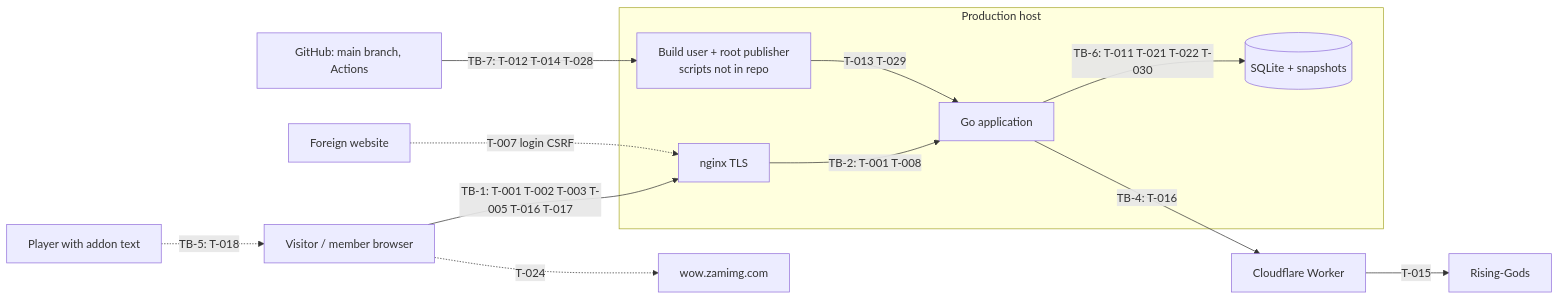
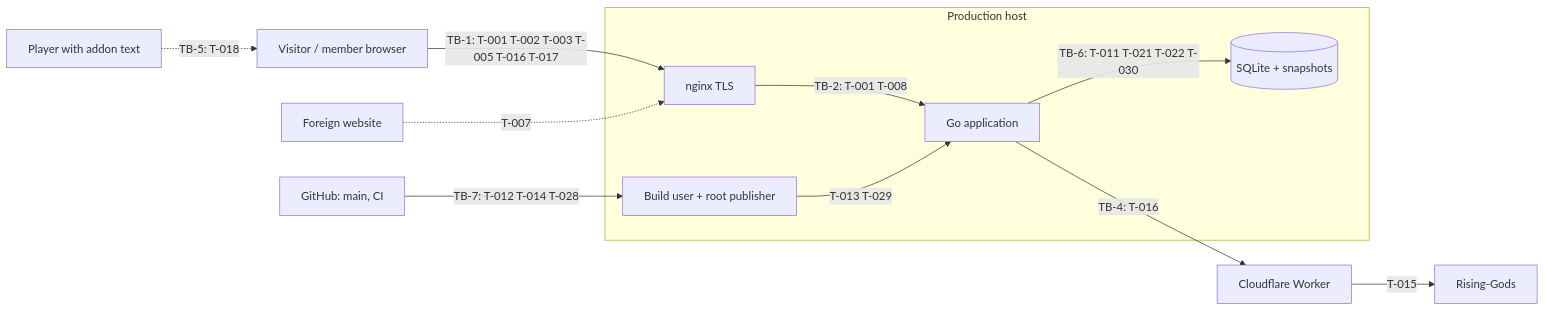
The fifth of 6 diagrams in THREAT_MODEL.md (robinschweitz/raid-website), drawn with Mermaid before and after one commit. The commit also changed other lines of this file, not shown here.

First line of the commit message:
docs: base the threat model on the specifications, not the code

````diff
--- a/THREAT_MODEL.md
+++ b/THREAT_MODEL.md
@@ -621,27 +577,25 @@
 ```mermaid
 flowchart LR
   V[Visitor / member browser]
   FS[Foreign website]
   P[Player with addon text]
-  GH[GitHub: main branch, Actions]
+  GH[GitHub: main, CI]
   subgraph Host["Production host"]
     N[nginx TLS]
     APP[Go application]
     DB[(SQLite + snapshots)]
-    DEP[Build user + root publisher<br/>scripts not in repo]
+    DEP[Build user + root publisher]
   end
   W[Cloudflare Worker]
   RG[Rising-Gods]
-  CDN[wow.zamimg.com]
 
   V -->|"TB-1: T-001 T-002 T-003 T-005 T-016 T-017"| N
-  FS -.->|"T-007 login CSRF"| N
+  FS -.->|"T-007"| N
   N -->|"TB-2: T-001 T-008"| APP
   P -.->|"TB-5: T-018"| V
   APP -->|"TB-6: T-011 T-021 T-022 T-030"| DB
   APP -->|"TB-4: T-016"| W
   W -->|"T-015"| RG
-  V -.->|"T-024"| CDN
   GH -->|"TB-7: T-012 T-014 T-028"| DEP
   DEP -->|"T-013 T-029"| APP
 ```
````
